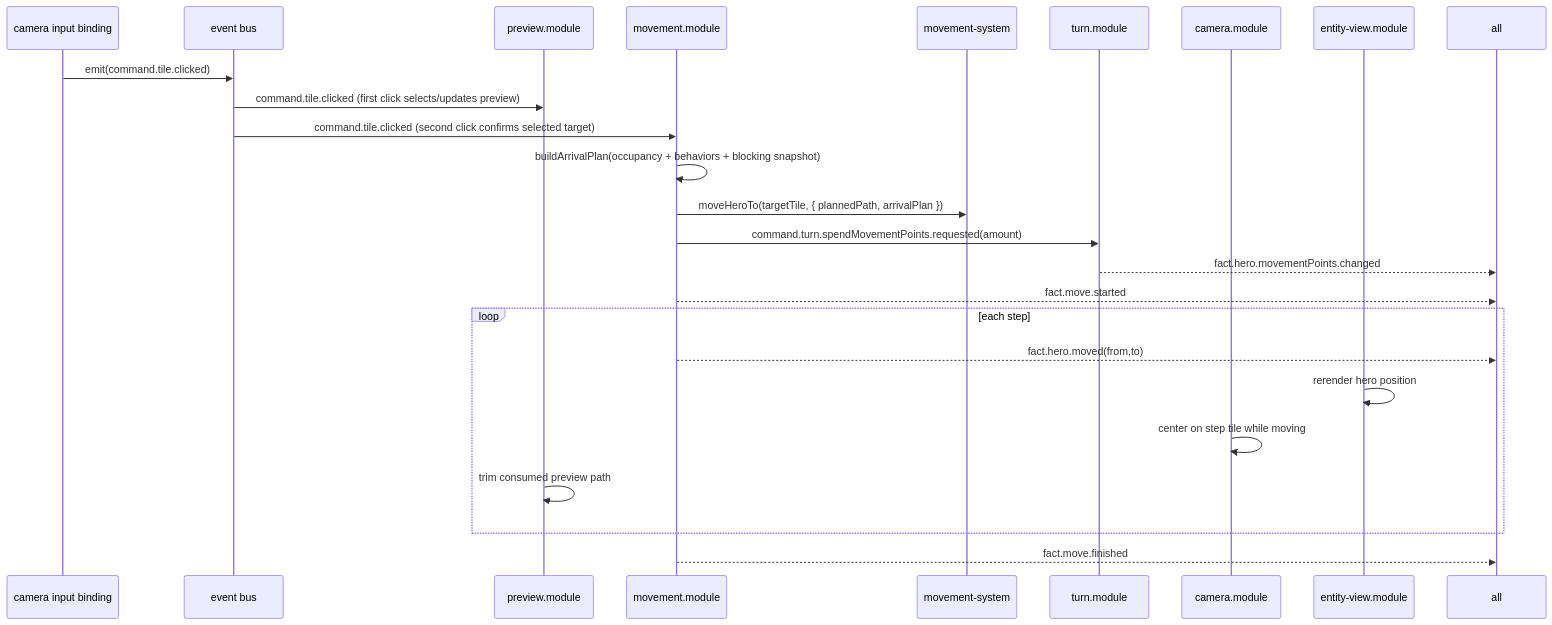
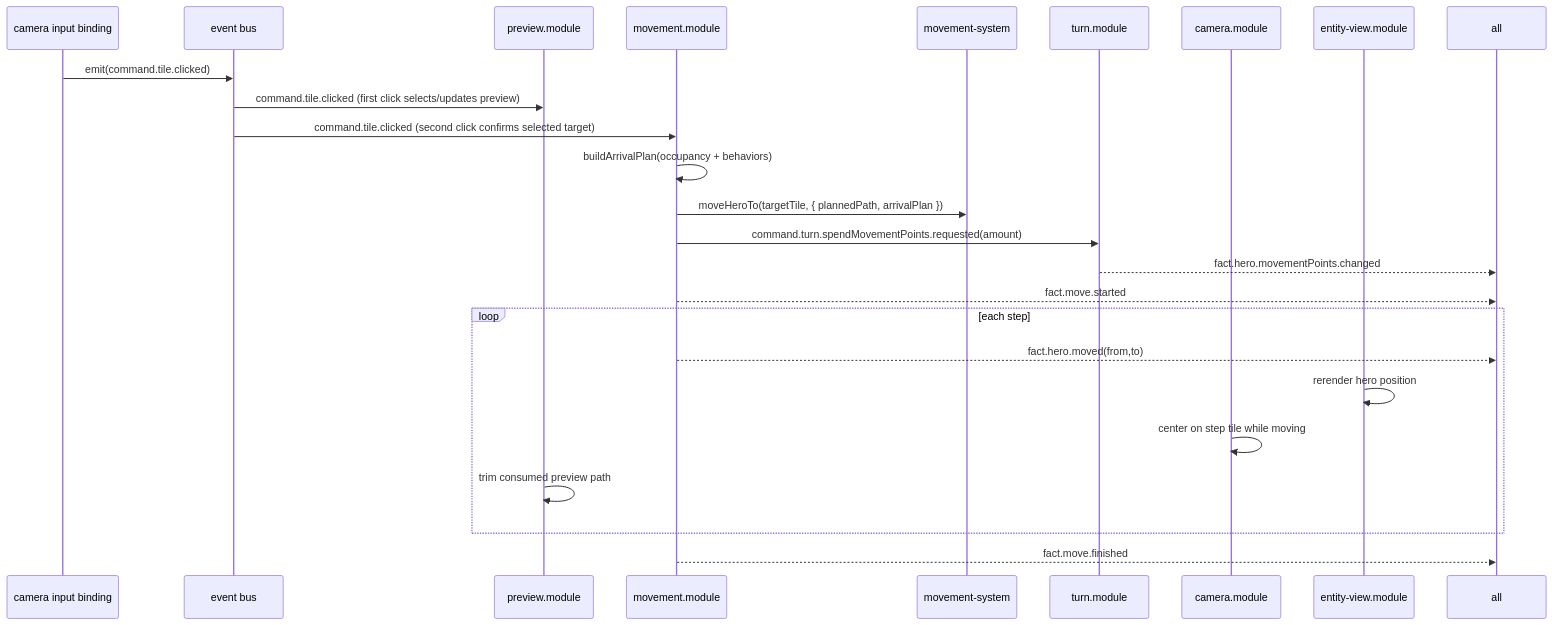
The fourth of 4 diagrams in docs/v1/ARCHITECTURE.md (jakubjanczyk/heroes-3-js), drawn with Mermaid before and after one commit. The commit also changed other lines of this file and 25 other files, not shown here.

First line of the commit message:
architecture: stop gating domain facts on view animations

````diff
--- a/docs/v1/ARCHITECTURE.md
+++ b/docs/v1/ARCHITECTURE.md
@@ -239,27 +239,27 @@
 ```mermaid
 sequenceDiagram
   participant Input as camera input binding
   participant Bus as event bus
   participant Preview as preview.module
   participant Movement as movement.module
   participant MovementSystem as movement-system
   participant Turn as turn.module
   participant Camera as camera.module
   participant EntityView as entity-view.module
 
   Input->>Bus: emit(command.tile.clicked)
   Bus->>Preview: command.tile.clicked (first click selects/updates preview)
   Bus->>Movement: command.tile.clicked (second click confirms selected target)
-  Movement->>Movement: buildArrivalPlan(occupancy + behaviors + blocking snapshot)
+  Movement->>Movement: buildArrivalPlan(occupancy + behaviors)
   Movement->>MovementSystem: moveHeroTo(targetTile, { plannedPath, arrivalPlan })
   Movement->>Turn: command.turn.spendMovementPoints.requested(amount)
   Turn-->>all: fact.hero.movementPoints.changed
   Movement-->>all: fact.move.started
   loop each step
     Movement-->>all: fact.hero.moved(from,to)
     EntityView->>EntityView: rerender hero position
     Camera->>Camera: center on step tile while moving
     Preview->>Preview: trim consumed preview path
   end
   Movement-->>all: fact.move.finished
 ```
````
